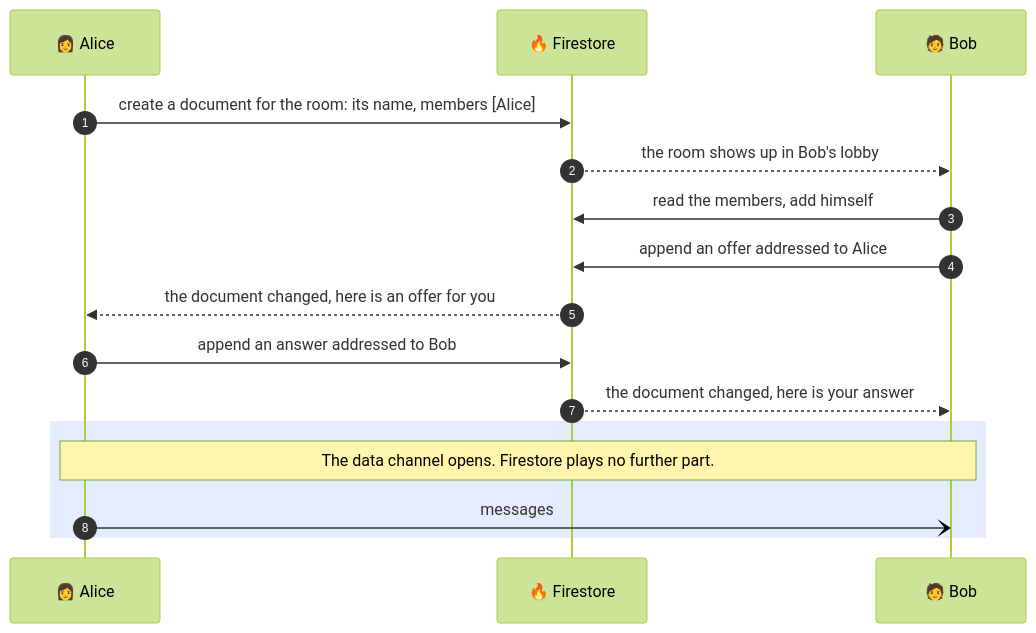
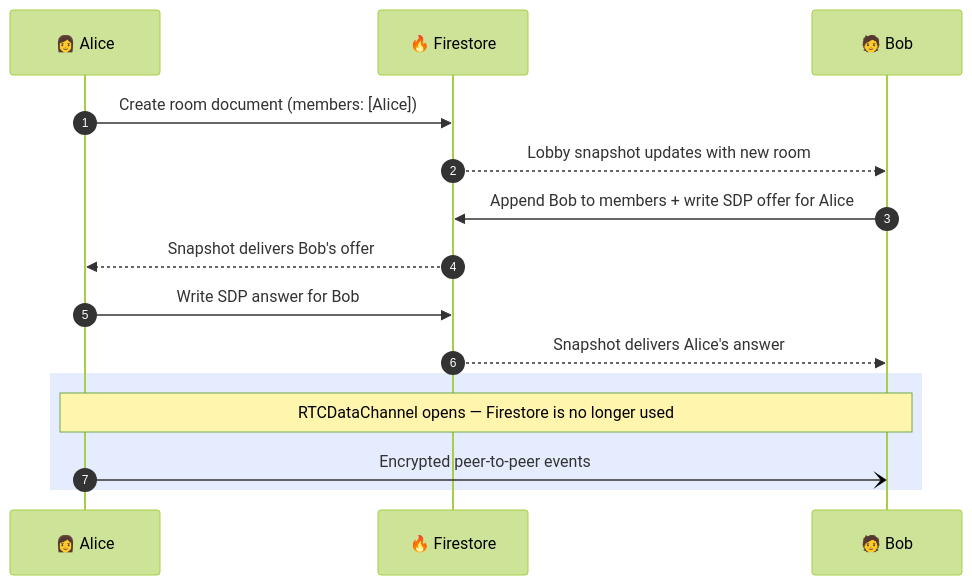
The third of 10 diagrams in README.md (LitHaxor/webRTC-mesh-chat), drawn with Mermaid (forest theme) before and after one commit. The commit also changed other lines of this file, not shown here.

````diff
--- a/README.md
+++ b/README.md
@@ -255,19 +185,18 @@
 ```mermaid
 sequenceDiagram
   autonumber
   participant A as 👩 Alice
   participant F as 🔥 Firestore
   participant B as 🧑 Bob
 
-  A->>F: create a document for the room: its name, members [Alice]
-  F-->>B: the room shows up in Bob's lobby
-  B->>F: read the members, add himself
-  B->>F: append an offer addressed to Alice
-  F-->>A: the document changed, here is an offer for you
-  A->>F: append an answer addressed to Bob
-  F-->>B: the document changed, here is your answer
+  A->>F: Create room document (members: [Alice])
+  F-->>B: Lobby snapshot updates with new room
+  B->>F: Append Bob to members + write SDP offer for Alice
+  F-->>A: Snapshot delivers Bob's offer
+  A->>F: Write SDP answer for Bob
+  F-->>B: Snapshot delivers Alice's answer
   rect rgba(37, 99, 235, 0.12)
-    Note over A,B: The data channel opens. Firestore plays no further part.
-    A-)B: messages
+    Note over A,B: RTCDataChannel opens — Firestore is no longer used
+    A-)B: Encrypted peer-to-peer events
   end
 ```
````
